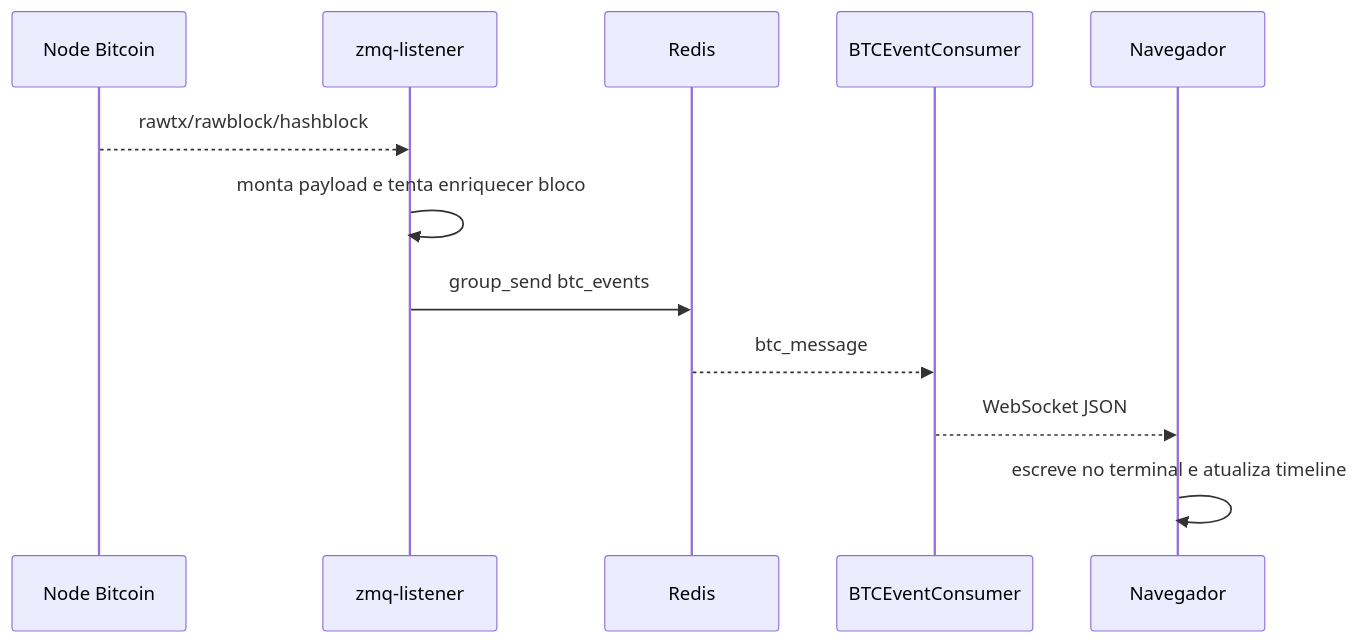
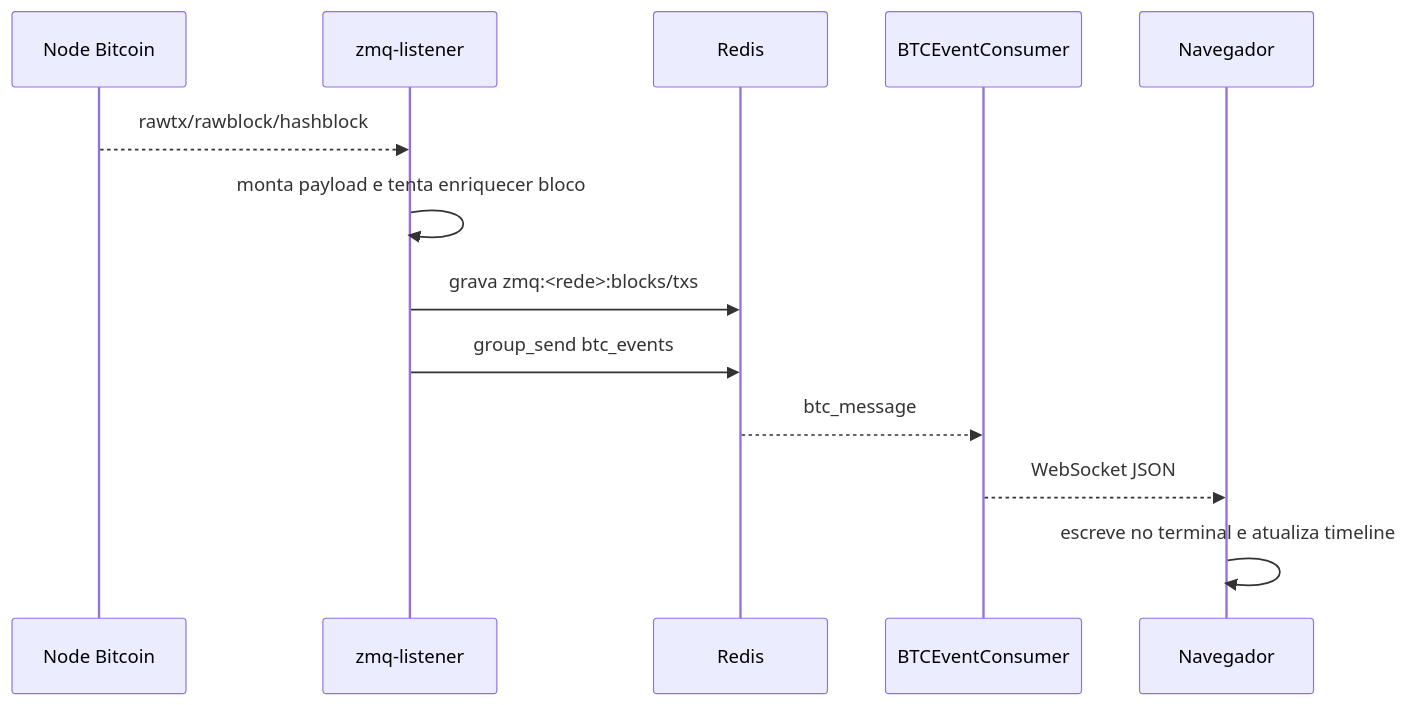
The fifth of 5 diagrams in docs/fluxos.md (lyonpamplona/coreCraft_labs), drawn with Mermaid before and after one commit. The commit also changed other lines of this file and 43 other files, not shown here.

````diff
--- a/docs/fluxos.md
+++ b/docs/fluxos.md
@@ -67,15 +118,16 @@
 ```mermaid
 sequenceDiagram
     participant BTC as Node Bitcoin
     participant ZMQ as zmq-listener
     participant Redis as Redis
     participant Consumer as BTCEventConsumer
     participant UI as Navegador
 
     BTC-->>ZMQ: rawtx/rawblock/hashblock
     ZMQ->>ZMQ: monta payload e tenta enriquecer bloco
+    ZMQ->>Redis: grava zmq:<rede>:blocks/txs
     ZMQ->>Redis: group_send btc_events
     Redis-->>Consumer: btc_message
     Consumer-->>UI: WebSocket JSON
     UI->>UI: escreve no terminal e atualiza timeline
 ```
````
